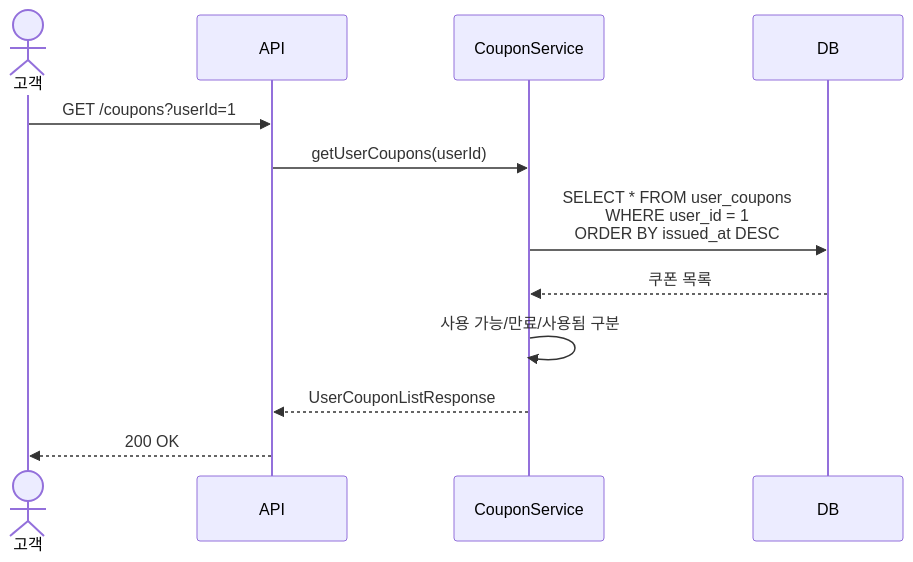
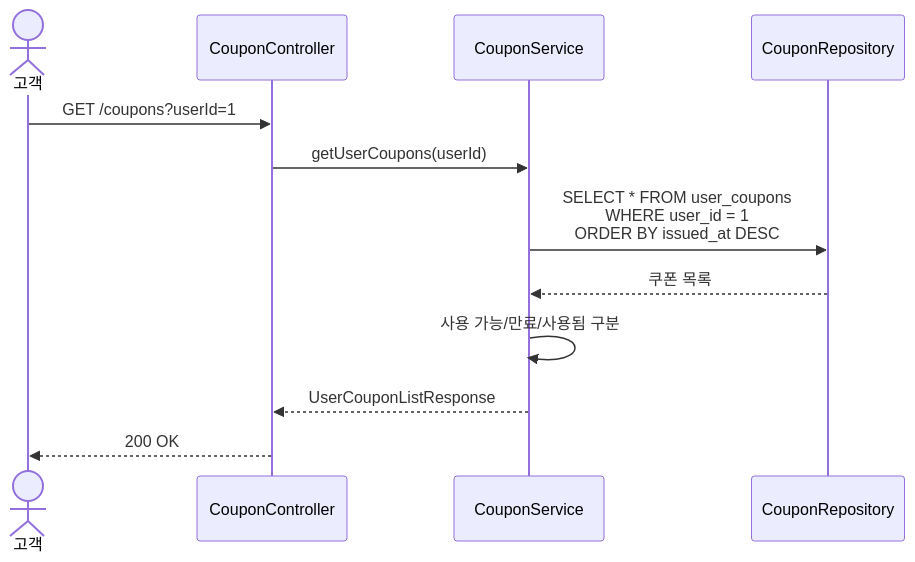
One commit to jaedeokhan/start-study changed the eighth of 8 diagrams in week2-api-design-management/api-swagger/docs/api/sequence-diagrams.md. Above: the diagram before and after it, drawn with Mermaid. The commit also changed other lines of this file, not shown here.

Commit message:
refact: 쿠폰 발급, 조회 시퀀스 다이어그램 수정

````diff
--- a/week2-api-design-management/api-swagger/docs/api/sequence-diagrams.md
+++ b/week2-api-design-management/api-swagger/docs/api/sequence-diagrams.md
@@ -336,15 +308,15 @@
 ```mermaid
 sequenceDiagram
     actor 고객
-    participant API
+    participant CouponController
     participant CouponService
-    participant DB
+    participant CouponRepository
 
-    고객->>API: GET /coupons?userId=1
-    API->>CouponService: getUserCoupons(userId)
-    CouponService->>DB: SELECT * FROM user_coupons<br/>WHERE user_id = 1<br/>ORDER BY issued_at DESC
-    DB-->>CouponService: 쿠폰 목록
+    고객->>CouponController: GET /coupons?userId=1
+    CouponController->>CouponService: getUserCoupons(userId)
+    CouponService->>CouponRepository: SELECT * FROM user_coupons<br/>WHERE user_id = 1<br/>ORDER BY issued_at DESC
+    CouponRepository-->>CouponService: 쿠폰 목록
     CouponService->>CouponService: 사용 가능/만료/사용됨 구분
-    CouponService-->>API: UserCouponListResponse
-    API-->>고객: 200 OK
+    CouponService-->>CouponController: UserCouponListResponse
+    CouponController-->>고객: 200 OK
 ```
````
